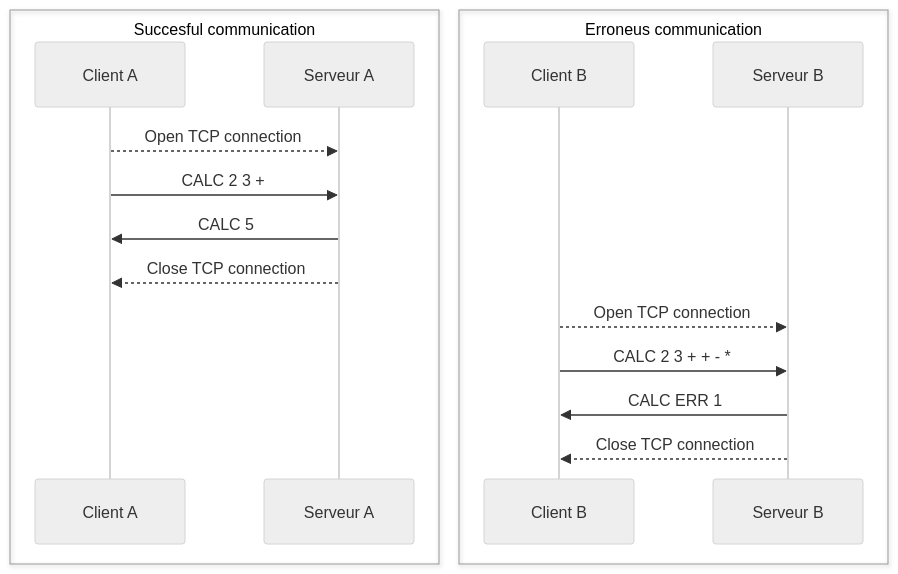
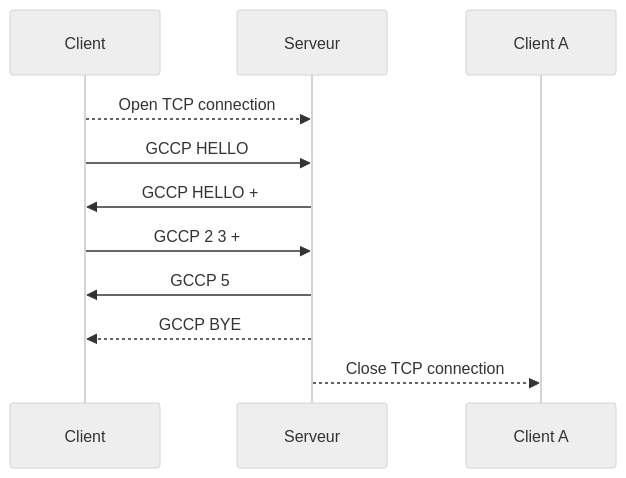
One commit to HEIGVD-Course-DAI/dai-lab-protocoldesign changed the first of 2 diagrams in specs/balkghar_a-mango/protocol.md. Above: the diagram before and after it, drawn with Mermaid (neutral theme). The commit also changed other lines of this file, not shown here.

````diff
--- a/specs/balkghar_a-mango/protocol.md
+++ b/specs/balkghar_a-mango/protocol.md
@@ -81,19 +142,10 @@
 ```mermaid
 sequenceDiagram
-	box Succesful communication
-    participant Client A
-    participant Serveur A
-    end
-    Box Erroneus communication
-    participant Client B
-    participant Serveur B
-    end
-    Client A-->>Serveur A: Open TCP connection
-    Client A->>Serveur A: CALC 2 3 +
-	Serveur A->>Client A: CALC 5
-	Serveur A-->>Client A: Close TCP connection
-	Client B-->>Serveur B: Open TCP connection
-    Client B->>Serveur B: CALC 2 3 + + - *
-	Serveur B->>Client B: CALC ERR 1
-	Serveur B-->>Client B: Close TCP connection
+    Client-->>Serveur: Open TCP connection
+    Client->>Serveur: GCCP HELLO
+    Serveur->>Client: GCCP HELLO +
+    Client->>Serveur: GCCP 2 3 +
+	Serveur->>Client: GCCP 5
+    Serveur-->>Client: GCCP BYE
+	Serveur-->>Client A: Close TCP connection
 ```
````
